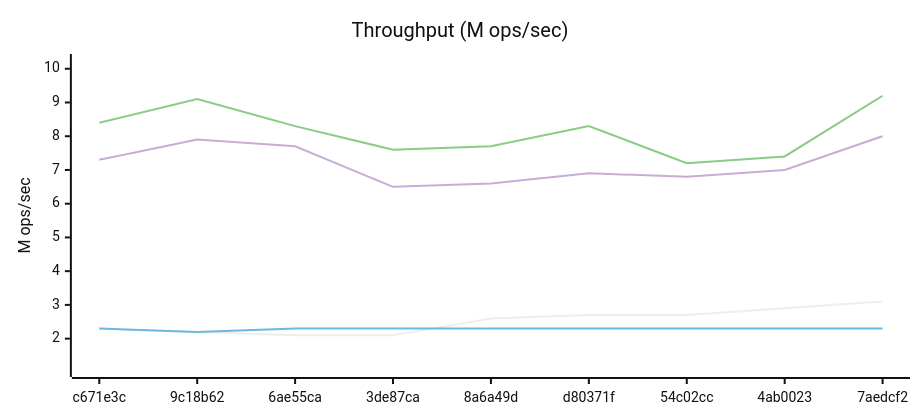
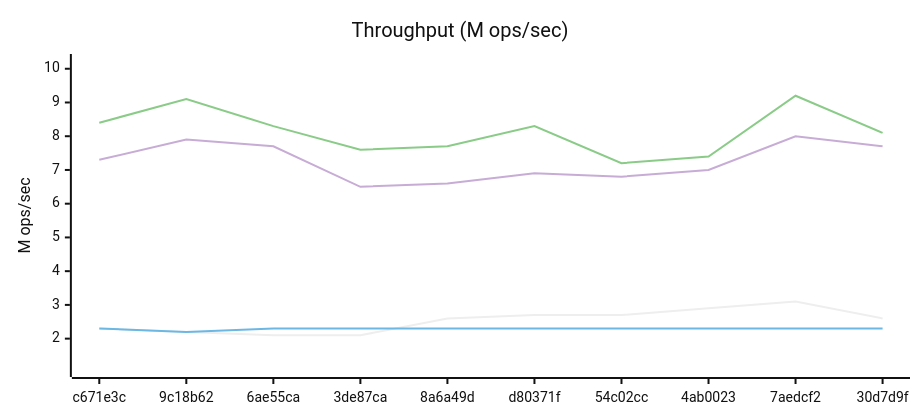
One commit to Ikolvi/titan changed the third of 3 diagrams in docs/BENCHMARKS.md. Above: the diagram before and after it, drawn with Mermaid (neutral theme). The commit also changed other lines of this file, not shown here.

````diff
--- a/docs/BENCHMARKS.md
+++ b/docs/BENCHMARKS.md
@@ -111,16 +112,16 @@
 ```mermaid
 ---
 config:
     xyChart:
         width: 900
         height: 400
 ---
 xychart-beta
     title "Throughput (M ops/sec)"
-    x-axis ["c671e3c", "9c18b62", "6ae55ca", "3de87ca", "8a6a49d", "d80371f", "54c02cc", "4ab0023", "7aedcf2"]
+    x-axis ["c671e3c", "9c18b62", "6ae55ca", "3de87ca", "8a6a49d", "d80371f", "54c02cc", "4ab0023", "7aedcf2", "30d7d9f"]
     y-axis "M ops/sec" 1.1 --> 10.2
-    line [2.3, 2.2, 2.1, 2.1, 2.6, 2.7, 2.7, 2.9, 3.1]
-    line [2.3, 2.2, 2.3, 2.3, 2.3, 2.3, 2.3, 2.3, 2.3]
-    line [8.4, 9.1, 8.3, 7.6, 7.7, 8.3, 7.2, 7.4, 9.2]
-    line [7.3, 7.9, 7.7, 6.5, 6.6, 6.9, 6.8, 7.0, 8.0]
+    line [2.3, 2.2, 2.1, 2.1, 2.6, 2.7, 2.7, 2.9, 3.1, 2.6]
+    line [2.3, 2.2, 2.3, 2.3, 2.3, 2.3, 2.3, 2.3, 2.3, 2.3]
+    line [8.4, 9.1, 8.3, 7.6, 7.7, 8.3, 7.2, 7.4, 9.2, 8.1]
+    line [7.3, 7.9, 7.7, 6.5, 6.6, 6.9, 6.8, 7.0, 8.0, 7.7]
 ```
````
